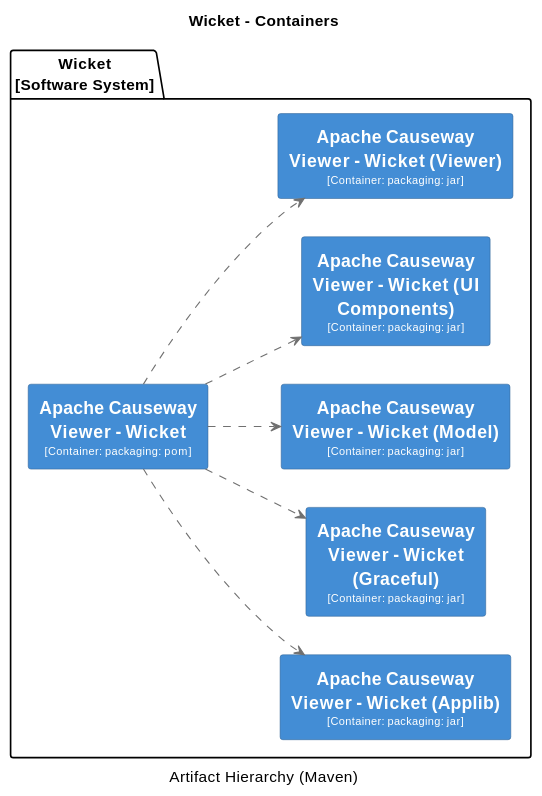
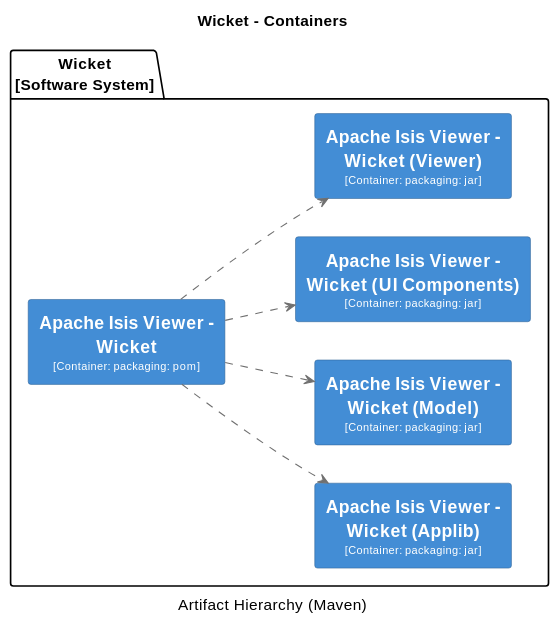
One commit to Supermajestcd/XMP--toolkits changed diagram 17 of 32 in core/adoc/modules/_overview/pages/about.adoc. Above: the diagram before and after it, drawn with PlantUML. The commit also changed other lines of this file and 13571 other files, not shown here.

```diff
--- a/core/adoc/modules/_overview/pages/about.adoc
+++ b/core/adoc/modules/_overview/pages/about.adoc
@@ -2875,60 +3064,53 @@
 [plantuml,Wicket,svg]
 ----
 @startuml(id=Wicket)
 title Wicket - Containers
 caption Artifact Hierarchy (Maven)
 
 skinparam {
   shadowing false
   arrowFontSize 10
   defaultTextAlignment center
   wrapWidth 200
   maxMessageSize 100
 }
 hide stereotype
 left to right direction
 skinparam rectangle<<2>> {
   BackgroundColor #438dd5
   FontColor #fffffe
   BorderColor #2E6295
 }
 skinparam rectangle<<3>> {
   BackgroundColor #438dd5
   FontColor #fffffe
   BorderColor #2E6295
 }
 skinparam rectangle<<4>> {
   BackgroundColor #438dd5
   FontColor #fffffe
   BorderColor #2E6295
 }
 skinparam rectangle<<5>> {
   BackgroundColor #438dd5
   FontColor #fffffe
   BorderColor #2E6295
 }
 skinparam rectangle<<6>> {
   BackgroundColor #438dd5
   FontColor #fffffe
   BorderColor #2E6295
 }
-skinparam rectangle<<7>> {
-  BackgroundColor #438dd5
-  FontColor #fffffe
-  BorderColor #2E6295
-}
 package "Wicket\n[Software System]" {
-  rectangle "==Apache Causeway Viewer - Wicket\n<size:10>[Container: packaging: pom]</size>" <<2>> as 2
-  rectangle "==Apache Causeway Viewer - Wicket (Applib)\n<size:10>[Container: packaging: jar]</size>" <<3>> as 3
-  rectangle "==Apache Causeway Viewer - Wicket (Graceful)\n<size:10>[Container: packaging: jar]</size>" <<4>> as 4
-  rectangle "==Apache Causeway Viewer - Wicket (Model)\n<size:10>[Container: packaging: jar]</size>" <<5>> as 5
-  rectangle "==Apache Causeway Viewer - Wicket (UI Components)\n<size:10>[Container: packaging: jar]</size>" <<6>> as 6
-  rectangle "==Apache Causeway Viewer - Wicket (Viewer)\n<size:10>[Container: packaging: jar]</size>" <<7>> as 7
+  rectangle "==Apache Isis Viewer - Wicket\n<size:10>[Container: packaging: pom]</size>" <<2>> as 2
+  rectangle "==Apache Isis Viewer - Wicket (Applib)\n<size:10>[Container: packaging: jar]</size>" <<3>> as 3
+  rectangle "==Apache Isis Viewer - Wicket (Model)\n<size:10>[Container: packaging: jar]</size>" <<4>> as 4
+  rectangle "==Apache Isis Viewer - Wicket (UI Components)\n<size:10>[Container: packaging: jar]</size>" <<5>> as 5
+  rectangle "==Apache Isis Viewer - Wicket (Viewer)\n<size:10>[Container: packaging: jar]</size>" <<6>> as 6
 }
 2 .[#707070].> 3 : ""
 2 .[#707070].> 4 : ""
 2 .[#707070].> 5 : ""
 2 .[#707070].> 6 : ""
-2 .[#707070].> 7 : ""
 @enduml
 ----
```
